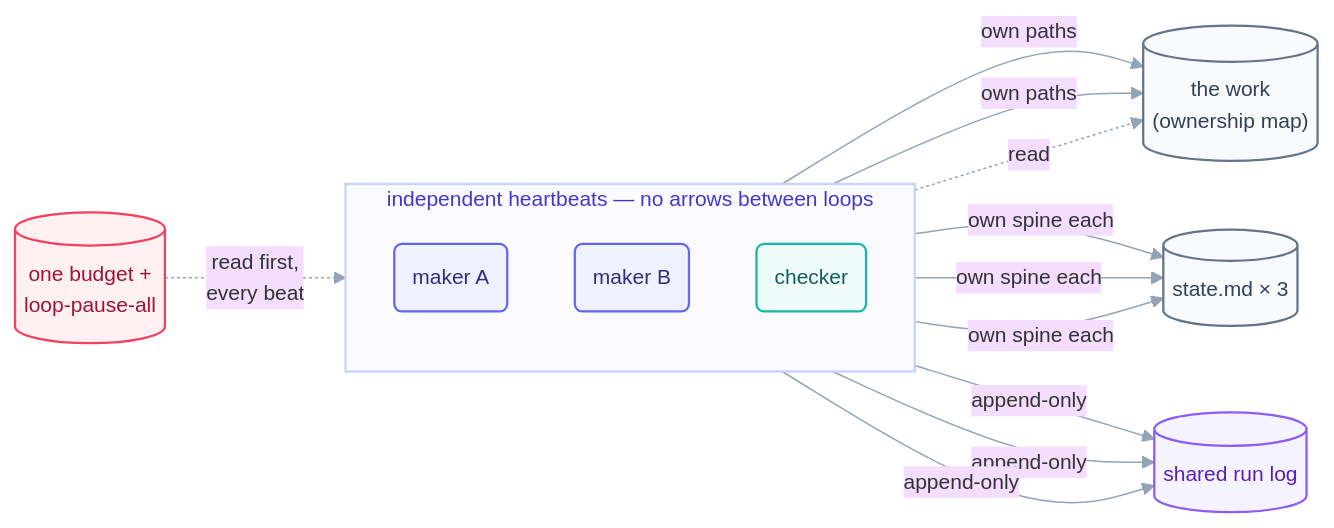
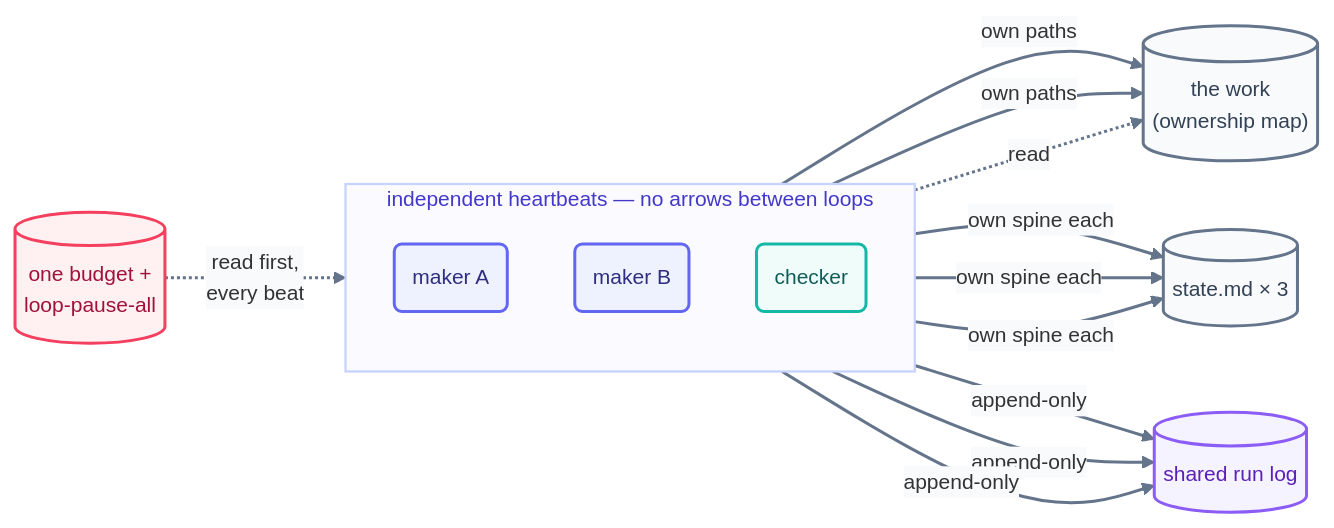
One commit to ayeshakhalid192007-dev/LoopEngineering-CrashCourse changed the diagram in docs/10-operating/multi-loop.md. Above: the diagram before and after it, drawn with Mermaid. The commit also changed 66 other files, not shown here.

First line of the commit message:
docs(diagrams): bolden and unify all 70 mermaid diagrams

````diff
--- a/docs/10-operating/multi-loop.md
+++ b/docs/10-operating/multi-loop.md
@@ -106,22 +106,23 @@
 ```mermaid
-%%{init: {'theme':'base','themeVariables':{'fontFamily':'ui-sans-serif, system-ui, sans-serif','fontSize':'14px','lineColor':'#94a3b8'},'flowchart':{'curve':'basis','nodeSpacing':45,'rankSpacing':55,'padding':12}}}%%
+%%{init: {'theme':'base','themeVariables':{'fontFamily':'ui-sans-serif, system-ui, sans-serif','fontSize':'14px','lineColor':'#64748b','edgeLabelBackground':'#f8fafc'},'flowchart':{'curve':'basis','nodeSpacing':45,'rankSpacing':55,'padding':12}}}%%
 flowchart LR
     subgraph FLEET ["independent heartbeats — no arrows between loops"]
       direction TB
       M1("maker A"):::maker
       M2("maker B"):::maker
       CK("checker"):::check
     end
     M1 -->|"own paths"| WORK[("the work<br/>(ownership map)")]:::file
     M2 -->|"own paths"| WORK
     CK -.->|read| WORK
     M1 & M2 & CK -->|"own spine each"| SP[("state.md × 3")]:::file
     M1 & M2 & CK -->|append-only| LOG[("shared run log")]:::log
     BUD[("one budget +<br/>loop-pause-all")]:::limit -.->|"read first,<br/>every beat"| FLEET
-    classDef maker fill:#eef2ff,stroke:#6366f1,stroke-width:1.5px,color:#312e81;
-    classDef check fill:#effcf9,stroke:#14b8a6,stroke-width:1.5px,color:#115e59;
-    classDef file fill:#f8fafc,stroke:#64748b,stroke-width:1.5px,color:#334155;
-    classDef log fill:#f5f3ff,stroke:#8b5cf6,stroke-width:1.5px,color:#5b21b6;
-    classDef limit fill:#fff1f2,stroke:#f43f5e,stroke-width:1.5px,color:#9f1239;
+    linkStyle default stroke:#64748b,stroke-width:2px;
+    classDef maker fill:#eef2ff,stroke:#6366f1,stroke-width:2px,color:#312e81;
+    classDef check fill:#effcf9,stroke:#14b8a6,stroke-width:2px,color:#115e59;
+    classDef file fill:#f8fafc,stroke:#64748b,stroke-width:2px,color:#334155;
+    classDef log fill:#f5f3ff,stroke:#8b5cf6,stroke-width:2px,color:#5b21b6;
+    classDef limit fill:#fff1f2,stroke:#f43f5e,stroke-width:2px,color:#9f1239;
     style FLEET fill:#fbfbff,stroke:#c7d2fe,stroke-width:1.5px,color:#4338ca;
 ```
````
